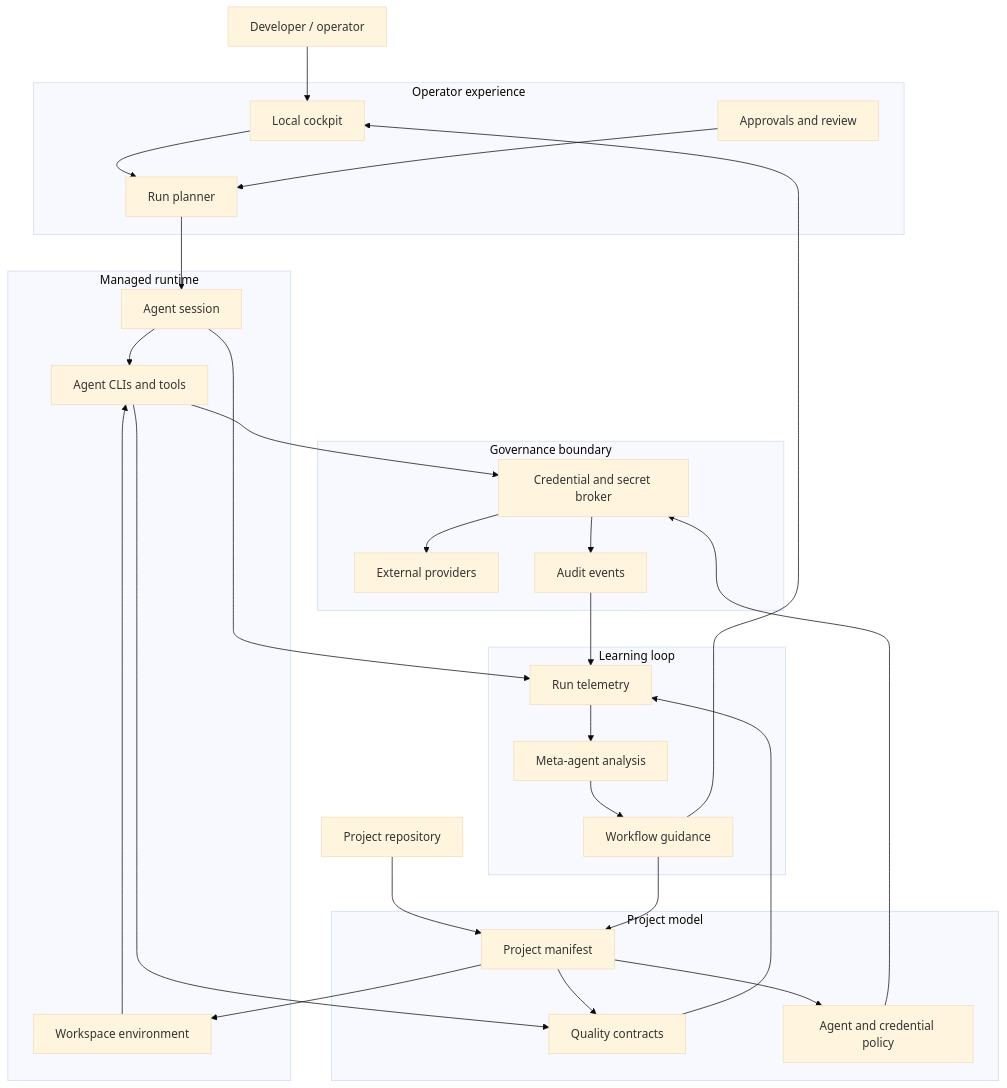
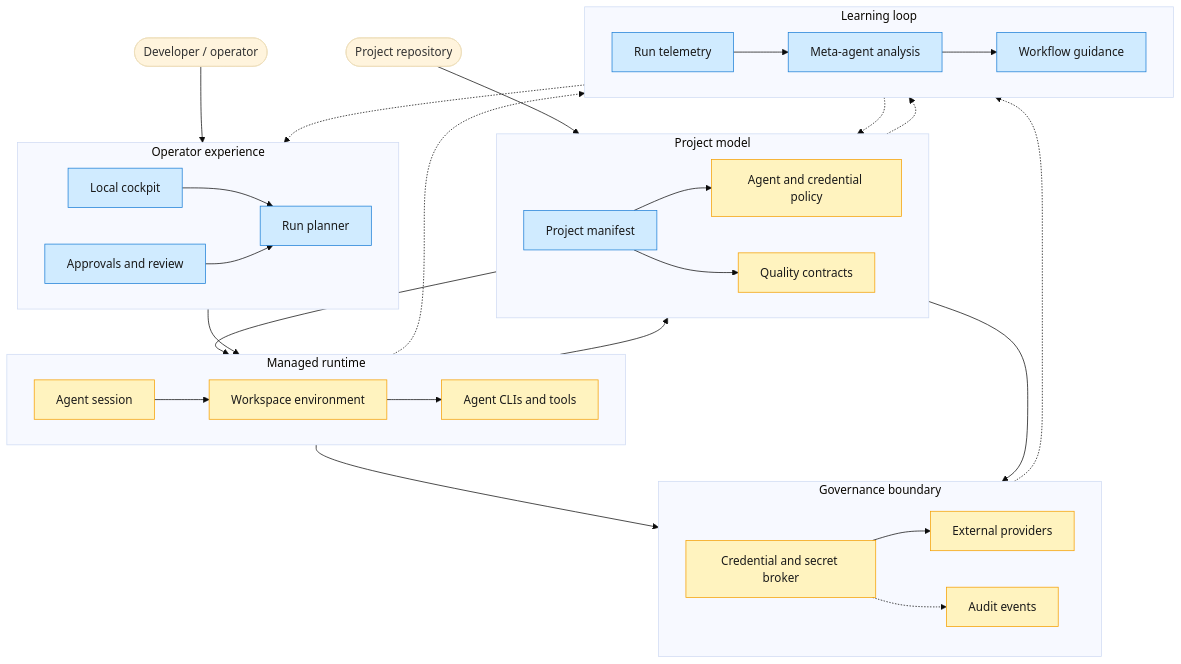
The first of 2 diagrams in docs/current-north-star-architecture.md (maryzam/ai-crew-localdev), drawn with Mermaid (base theme) before and after one commit. The commit also changed other lines of this file, not shown here.

Commit message:
docs: tune north-star architecture diagrams and mark current vs north-star
Untangle the architecture-layer and domain diagrams and color components by
maturity: yellow for what exists today, blue for north-star.

- Linearize Session -> Workspace -> Agents to remove converging edges
- Band each layer with direction LR; mark external actors as stadium nodes
- Split forward control (solid) from observe-and-adapt plane (dashed)
- Drop redundant "domain" suffix; mark Meta -> Project as advisory feedback
- Add color legend captions to both diagrams

````diff
--- a/docs/current-north-star-architecture.md
+++ b/docs/current-north-star-architecture.md
@@ -15,61 +19,70 @@
 ```mermaid
 flowchart TB
-    Operator[Developer / operator]
-    Project[Project repository]
+    Operator([Developer / operator])
+    Project([Project repository])
 
     subgraph Experience[Operator experience]
+        direction LR
         Cockpit[Local cockpit]
         Planner[Run planner]
         Approvals[Approvals and review]
     end
 
     subgraph ProjectModel[Project model]
+        direction LR
         Manifest[Project manifest]
+        Policy[Agent and credential policy]
         Contracts[Quality contracts]
-        Policy[Agent and credential policy]
     end
 
     subgraph Runtime[Managed runtime]
+        direction LR
         Session[Agent session]
         Workspace[Workspace environment]
         Agents[Agent CLIs and tools]
     end
 
     subgraph Governance[Governance boundary]
+        direction LR
         Broker[Credential and secret broker]
         Providers[External providers]
         Audit[Audit events]
     end
 
     subgraph Intelligence[Learning loop]
+        direction LR
         Telemetry[Run telemetry]
         Meta[Meta-agent analysis]
         Guidance[Workflow guidance]
     end
 
     Operator --> Cockpit
     Cockpit --> Planner
-    Planner --> Session
     Approvals --> Planner
-
     Project --> Manifest
+    Manifest --> Policy
     Manifest --> Contracts
-    Manifest --> Policy
     Manifest --> Workspace
 
-    Session --> Agents
+    Planner --> Session
+    Session --> Workspace
     Workspace --> Agents
+    Agents --> Contracts
     Policy --> Broker
     Agents --> Broker
-    Agents --> Contracts
+    Broker --> Providers
 
-    Broker --> Providers
-    Broker --> Audit
-    Session --> Telemetry
-    Contracts --> Telemetry
-    Audit --> Telemetry
+    Broker -.-> Audit
+    Session -.-> Telemetry
+    Contracts -.-> Telemetry
+    Audit -.-> Telemetry
     Telemetry --> Meta
     Meta --> Guidance
-    Guidance --> Manifest
-    Guidance --> Cockpit
+    Guidance -.-> Manifest
+    Guidance -.-> Cockpit
+
+    classDef current fill:#fff3bf,stroke:#f59f00,color:#1a1a1a
+    classDef north fill:#d0ebff,stroke:#1c7ed6,color:#1a1a1a
+    class Policy,Contracts,Session,Workspace,Agents,Broker,Providers,Audit current
+    class Cockpit,Planner,Approvals,Manifest,Telemetry,Meta,Guidance north
 ```
````
